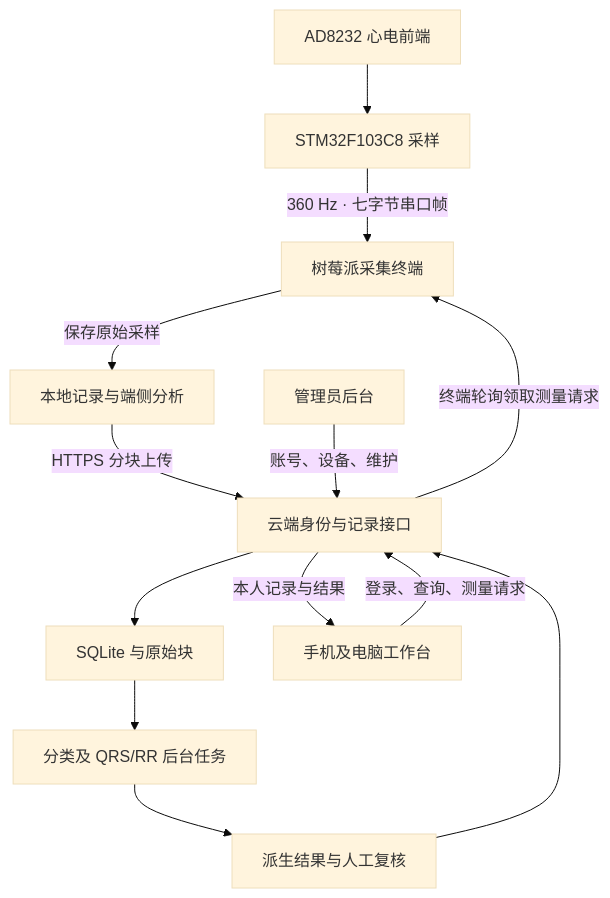
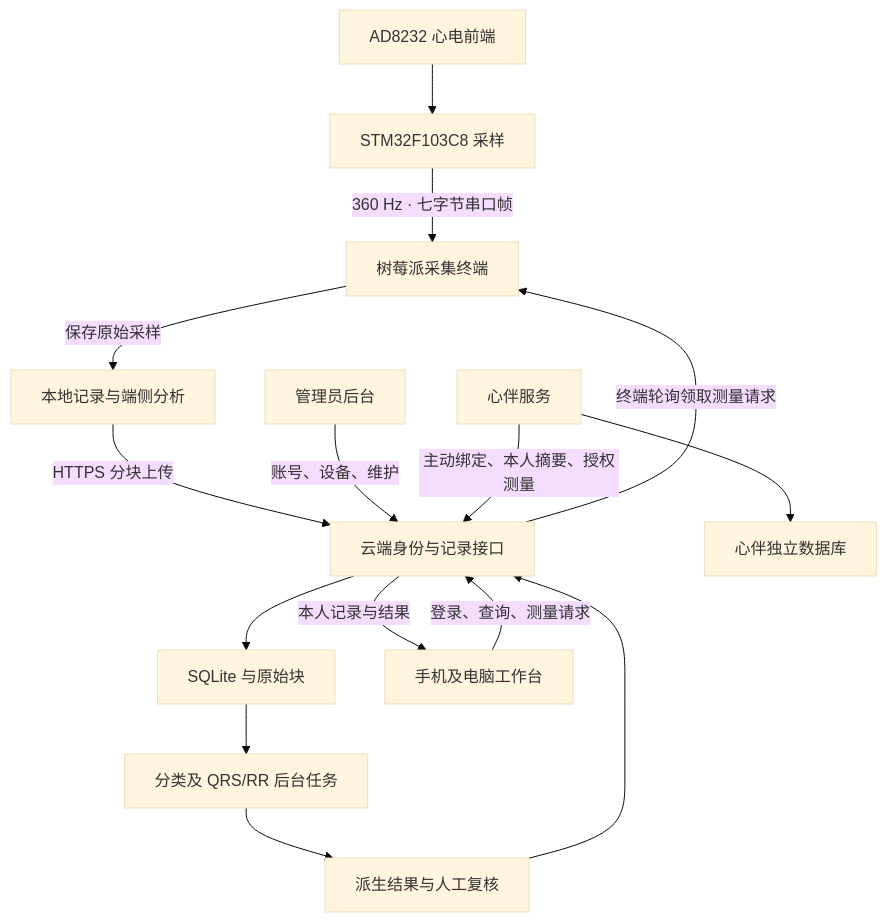
Before and after one commit to XiongBoT/bme-ecg-system: the first of 2 diagrams in docs/系统架构.md, drawn with Mermaid (base theme). The commit also changed other lines of this file and 25 other files, not shown here.

````diff
--- a/docs/系统架构.md
+++ b/docs/系统架构.md
@@ -9,15 +9,17 @@
 ```mermaid
 flowchart TD
     Sensor["AD8232 心电前端"] --> MCU["STM32F103C8 采样"]
     MCU -->|"360 Hz · 七字节串口帧"| Pi["树莓派采集终端"]
     Pi -->|"保存原始采样"| Local["本地记录与端侧分析"]
     Local -->|"HTTPS 分块上传"| API["云端身份与记录接口"]
     API --> Store["SQLite 与原始块"]
     Store --> Jobs["分类及 QRS/RR 后台任务"]
     Jobs --> Results["派生结果与人工复核"]
     Client["手机及电脑工作台"] -->|"登录、查询、测量请求"| API
     API -->|"本人记录与结果"| Client
     Results --> API
     API -->|"终端轮询领取测量请求"| Pi
     Admin["管理员后台"] -->|"账号、设备、维护"| API
+    HL["心伴服务"] -->|"主动绑定、本人摘要、授权测量"| API
+    HL --> HLDB["心伴独立数据库"]
 ```
````
